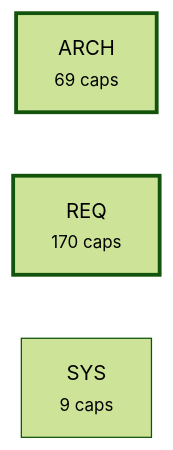
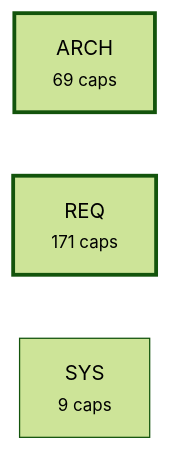
Before and after one commit to alxmax/Requirement-manager: the fourth of 5 diagrams in plugin/requirements/_map.md, drawn with Mermaid (forest theme). The commit also changed other lines of this file and 14 other files, not shown here.

````diff
--- a/plugin/requirements/_map.md
+++ b/plugin/requirements/_map.md
@@ -973,8 +974,8 @@
 ```mermaid
 graph LR
   a_ARCH["ARCH<br><small>69 caps</small>"]
-  a_REQ["REQ<br><small>170 caps</small>"]
+  a_REQ["REQ<br><small>171 caps</small>"]
   a_SYS["SYS<br><small>9 caps</small>"]
   style a_ARCH stroke-width:3px
   style a_REQ stroke-width:3px
 ```
````
